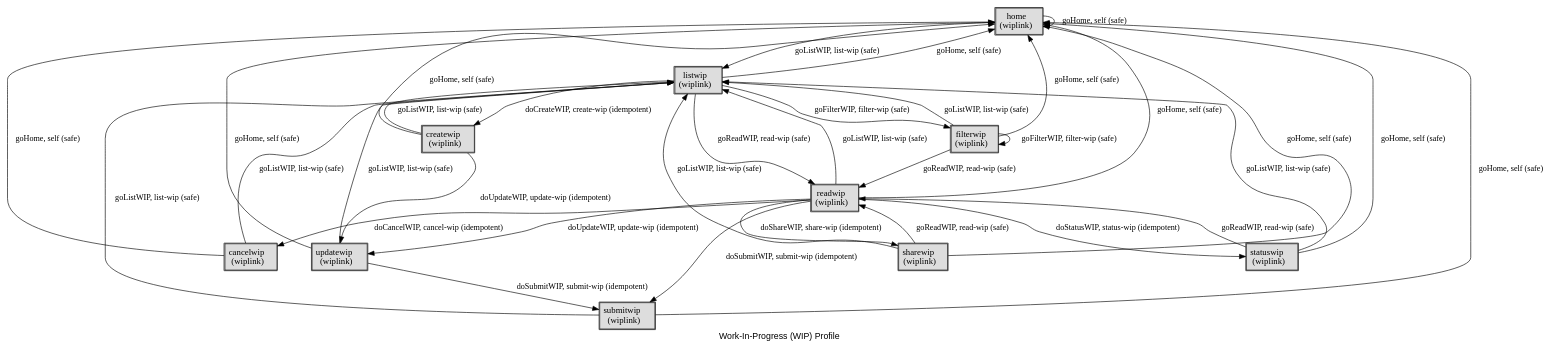
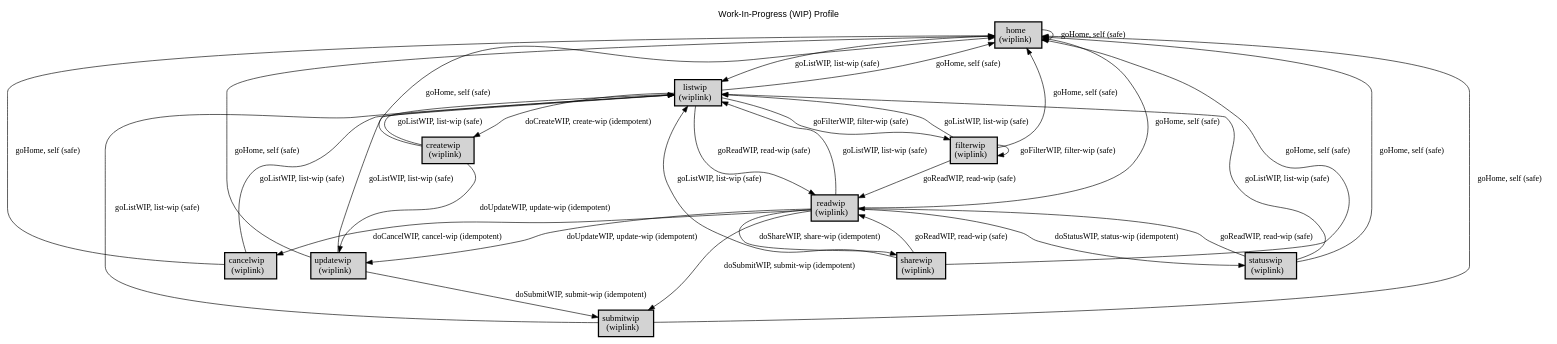
One commit to webapicookbook/alps-documents changed the diagram in docs/wip/wip.dot. Above: the diagram before and after it, drawn with Graphviz. The commit also changed 67 other files, not shown here.

Commit message:
update diagrams

```diff
--- a/docs/wip/wip.dot
+++ b/docs/wip/wip.dot
@@ -1,56 +1,56 @@
 digraph application_state_diagram {
   graph [
-    labelloc="b";
+    labelloc="t";
     fontname="Helvetica"
     label="Work-In-Progress (WIP) Profile";
     URL="index.html" target="_parent"
   ];
-  node [shape = box, style = "bold,filled"];
+  node [shape = box, style = "bold,filled" fillcolor="lightgray"];
 
-    home [style=solid, margin=0.02, label=<<table cellspacing="0" cellpadding="5" cellborder="1" border="0"><tr><td bgcolor="#dddddd">home<br />(wiplink)<br /></td></tr></table>>,shape=box URL="docs/semantic.home.html" target="_parent"]
-    listwip [style=solid, margin=0.02, label=<<table cellspacing="0" cellpadding="5" cellborder="1" border="0"><tr><td bgcolor="#dddddd">listwip<br />(wiplink)<br /></td></tr></table>>,shape=box URL="docs/semantic.listwip.html" target="_parent"]
-    createwip [style=solid, margin=0.02, label=<<table cellspacing="0" cellpadding="5" cellborder="1" border="0"><tr><td bgcolor="#dddddd">createwip<br />(wiplink)<br /></td></tr></table>>,shape=box URL="docs/semantic.createwip.html" target="_parent"]
-    readwip [style=solid, margin=0.02, label=<<table cellspacing="0" cellpadding="5" cellborder="1" border="0"><tr><td bgcolor="#dddddd">readwip<br />(wiplink)<br /></td></tr></table>>,shape=box URL="docs/semantic.readwip.html" target="_parent"]
-    updatewip [style=solid, margin=0.02, label=<<table cellspacing="0" cellpadding="5" cellborder="1" border="0"><tr><td bgcolor="#dddddd">updatewip<br />(wiplink)<br /></td></tr></table>>,shape=box URL="docs/semantic.updatewip.html" target="_parent"]
-    submitwip [style=solid, margin=0.02, label=<<table cellspacing="0" cellpadding="5" cellborder="1" border="0"><tr><td bgcolor="#dddddd">submitwip<br />(wiplink)<br /></td></tr></table>>,shape=box URL="docs/semantic.submitwip.html" target="_parent"]
-    cancelwip [style=solid, margin=0.02, label=<<table cellspacing="0" cellpadding="5" cellborder="1" border="0"><tr><td bgcolor="#dddddd">cancelwip<br />(wiplink)<br /></td></tr></table>>,shape=box URL="docs/semantic.cancelwip.html" target="_parent"]
-    filterwip [style=solid, margin=0.02, label=<<table cellspacing="0" cellpadding="5" cellborder="1" border="0"><tr><td bgcolor="#dddddd">filterwip<br />(wiplink)<br /></td></tr></table>>,shape=box URL="docs/semantic.filterwip.html" target="_parent"]
-    sharewip [style=solid, margin=0.02, label=<<table cellspacing="0" cellpadding="5" cellborder="1" border="0"><tr><td bgcolor="#dddddd">sharewip<br />(wiplink)<br /></td></tr></table>>,shape=box URL="docs/semantic.sharewip.html" target="_parent"]
-    statuswip [style=solid, margin=0.02, label=<<table cellspacing="0" cellpadding="5" cellborder="1" border="0"><tr><td bgcolor="#dddddd">statuswip<br />(wiplink)<br /></td></tr></table>>,shape=box URL="docs/semantic.statuswip.html" target="_parent"]
+    home [margin=0.02, label=<<table cellspacing="0" cellpadding="5" border="0"><tr><td>home<br />(wiplink)<br /></td></tr></table>>,shape=box URL="docs/semantic.home.html" target="_parent"]
+    listwip [margin=0.02, label=<<table cellspacing="0" cellpadding="5" border="0"><tr><td>listwip<br />(wiplink)<br /></td></tr></table>>,shape=box URL="docs/semantic.listwip.html" target="_parent"]
+    createwip [margin=0.02, label=<<table cellspacing="0" cellpadding="5" border="0"><tr><td>createwip<br />(wiplink)<br /></td></tr></table>>,shape=box URL="docs/semantic.createwip.html" target="_parent"]
+    readwip [margin=0.02, label=<<table cellspacing="0" cellpadding="5" border="0"><tr><td>readwip<br />(wiplink)<br /></td></tr></table>>,shape=box URL="docs/semantic.readwip.html" target="_parent"]
+    updatewip [margin=0.02, label=<<table cellspacing="0" cellpadding="5" border="0"><tr><td>updatewip<br />(wiplink)<br /></td></tr></table>>,shape=box URL="docs/semantic.updatewip.html" target="_parent"]
+    submitwip [margin=0.02, label=<<table cellspacing="0" cellpadding="5" border="0"><tr><td>submitwip<br />(wiplink)<br /></td></tr></table>>,shape=box URL="docs/semantic.submitwip.html" target="_parent"]
+    cancelwip [margin=0.02, label=<<table cellspacing="0" cellpadding="5" border="0"><tr><td>cancelwip<br />(wiplink)<br /></td></tr></table>>,shape=box URL="docs/semantic.cancelwip.html" target="_parent"]
+    filterwip [margin=0.02, label=<<table cellspacing="0" cellpadding="5" border="0"><tr><td>filterwip<br />(wiplink)<br /></td></tr></table>>,shape=box URL="docs/semantic.filterwip.html" target="_parent"]
+    sharewip [margin=0.02, label=<<table cellspacing="0" cellpadding="5" border="0"><tr><td>sharewip<br />(wiplink)<br /></td></tr></table>>,shape=box URL="docs/semantic.sharewip.html" target="_parent"]
+    statuswip [margin=0.02, label=<<table cellspacing="0" cellpadding="5" border="0"><tr><td>statuswip<br />(wiplink)<br /></td></tr></table>>,shape=box URL="docs/semantic.statuswip.html" target="_parent"]
 
     home -> listwip [label = "goListWIP, list-wip (safe)" URL="docs/safe.goListWIP.html" target="_parent" fontsize=13];
     home -> home [label = "goHome, self (safe)" URL="docs/safe.goHome.html" target="_parent" fontsize=13];
     listwip -> filterwip [label = "goFilterWIP, filter-wip (safe)" URL="docs/safe.goFilterWIP.html" target="_parent" fontsize=13];
     listwip -> readwip [label = "goReadWIP, read-wip (safe)" URL="docs/safe.goReadWIP.html" target="_parent" fontsize=13];
     listwip -> createwip [label = "doCreateWIP, create-wip (idempotent)" URL="docs/idempotent.doCreateWIP.html" target="_parent" fontsize=13];
     listwip -> home [label = "goHome, self (safe)" URL="docs/safe.goHome.html" target="_parent" fontsize=13];
     createwip -> updatewip [label = "doUpdateWIP, update-wip (idempotent)" URL="docs/idempotent.doUpdateWIP.html" target="_parent" fontsize=13];
     createwip -> listwip [label = "goListWIP, list-wip (safe)" URL="docs/safe.goListWIP.html" target="_parent" fontsize=13];
     createwip -> home [label = "goHome, self (safe)" URL="docs/safe.goHome.html" target="_parent" fontsize=13];
     readwip -> sharewip [label = "doShareWIP, share-wip (idempotent)" URL="docs/idempotent.doShareWIP.html" target="_parent" fontsize=13];
     readwip -> updatewip [label = "doUpdateWIP, update-wip (idempotent)" URL="docs/idempotent.doUpdateWIP.html" target="_parent" fontsize=13];
     readwip -> submitwip [label = "doSubmitWIP, submit-wip (idempotent)" URL="docs/idempotent.doSubmitWIP.html" target="_parent" fontsize=13];
     readwip -> cancelwip [label = "doCancelWIP, cancel-wip (idempotent)" URL="docs/idempotent.doCancelWIP.html" target="_parent" fontsize=13];
     readwip -> statuswip [label = "doStatusWIP, status-wip (idempotent)" URL="docs/idempotent.doStatusWIP.html" target="_parent" fontsize=13];
     readwip -> listwip [label = "goListWIP, list-wip (safe)" URL="docs/safe.goListWIP.html" target="_parent" fontsize=13];
     readwip -> home [label = "goHome, self (safe)" URL="docs/safe.goHome.html" target="_parent" fontsize=13];
     updatewip -> submitwip [label = "doSubmitWIP, submit-wip (idempotent)" URL="docs/idempotent.doSubmitWIP.html" target="_parent" fontsize=13];
     updatewip -> listwip [label = "goListWIP, list-wip (safe)" URL="docs/safe.goListWIP.html" target="_parent" fontsize=13];
     updatewip -> home [label = "goHome, self (safe)" URL="docs/safe.goHome.html" target="_parent" fontsize=13];
     submitwip -> listwip [label = "goListWIP, list-wip (safe)" URL="docs/safe.goListWIP.html" target="_parent" fontsize=13];
     submitwip -> home [label = "goHome, self (safe)" URL="docs/safe.goHome.html" target="_parent" fontsize=13];
     cancelwip -> listwip [label = "goListWIP, list-wip (safe)" URL="docs/safe.goListWIP.html" target="_parent" fontsize=13];
     cancelwip -> home [label = "goHome, self (safe)" URL="docs/safe.goHome.html" target="_parent" fontsize=13];
     filterwip -> home [label = "goHome, self (safe)" URL="docs/safe.goHome.html" target="_parent" fontsize=13];
     filterwip -> listwip [label = "goListWIP, list-wip (safe)" URL="docs/safe.goListWIP.html" target="_parent" fontsize=13];
     filterwip -> filterwip [label = "goFilterWIP, filter-wip (safe)" URL="docs/safe.goFilterWIP.html" target="_parent" fontsize=13];
     filterwip -> readwip [label = "goReadWIP, read-wip (safe)" URL="docs/safe.goReadWIP.html" target="_parent" fontsize=13];
     sharewip -> readwip [label = "goReadWIP, read-wip (safe)" URL="docs/safe.goReadWIP.html" target="_parent" fontsize=13];
     sharewip -> listwip [label = "goListWIP, list-wip (safe)" URL="docs/safe.goListWIP.html" target="_parent" fontsize=13];
     sharewip -> home [label = "goHome, self (safe)" URL="docs/safe.goHome.html" target="_parent" fontsize=13];
     statuswip -> readwip [label = "goReadWIP, read-wip (safe)" URL="docs/safe.goReadWIP.html" target="_parent" fontsize=13];
     statuswip -> listwip [label = "goListWIP, list-wip (safe)" URL="docs/safe.goListWIP.html" target="_parent" fontsize=13];
     statuswip -> home [label = "goHome, self (safe)" URL="docs/safe.goHome.html" target="_parent" fontsize=13];
 
 
 }
```
